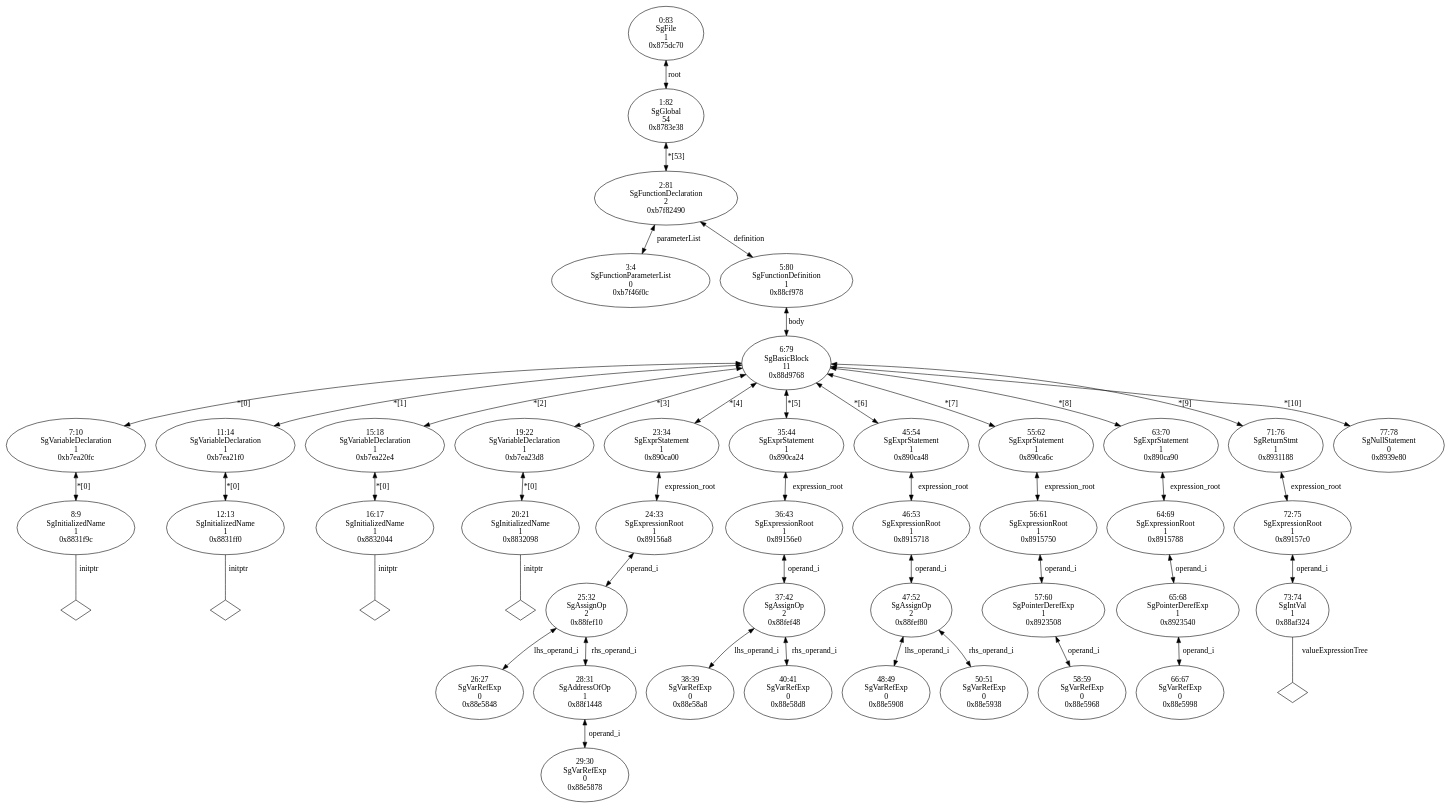
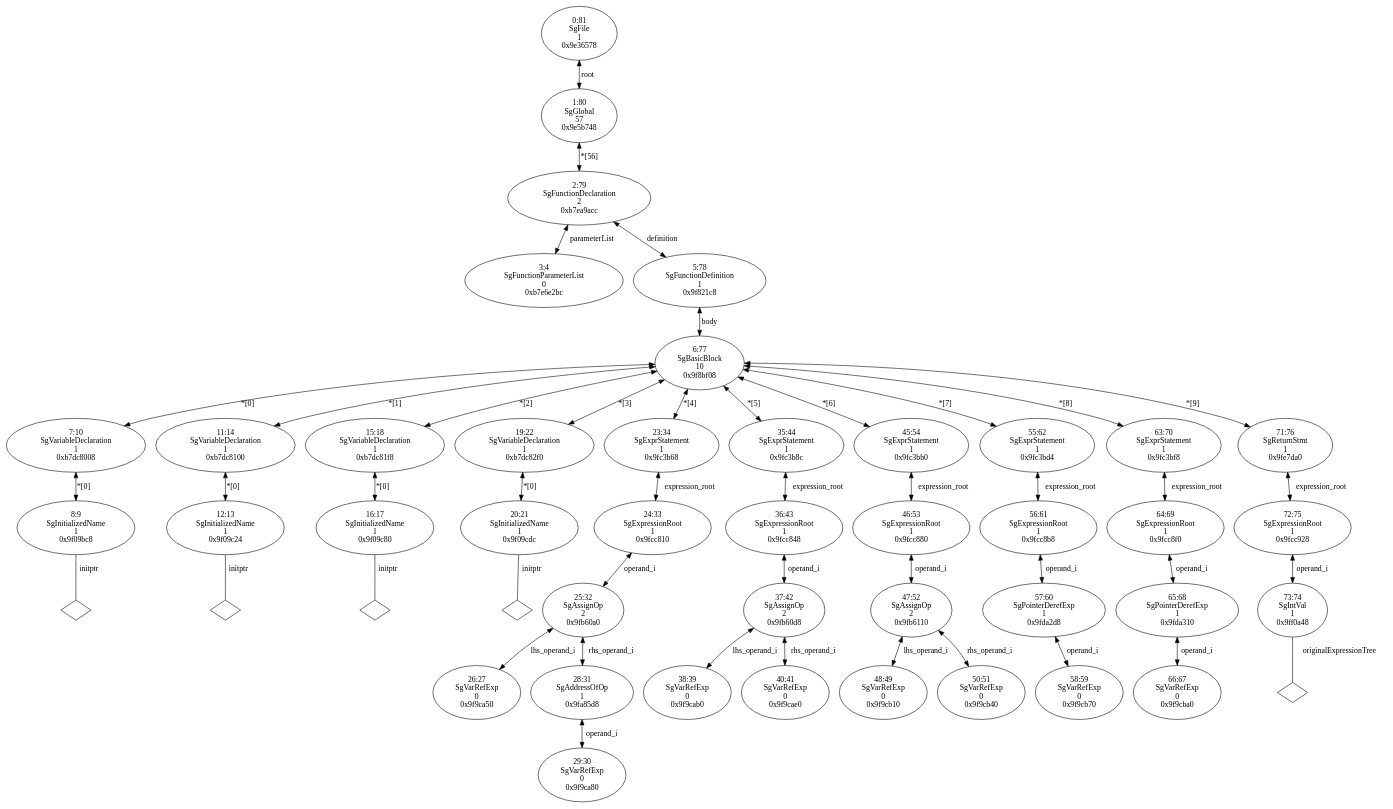
The diagram in branch/memRefExprRefactor/TestResults/AliasIRInterface/alias2.c.dot (BackupTheBerlios/useoa-rose-svn), drawn with Graphviz before and after one commit. The commit also changed 48 other files, not shown here.

Commit message:
memRefExprRefactor branch I am testing references.  I also updated some of the dot files, but NOT with the normalization stuff turned on.

```diff
--- a/branch/memRefExprRefactor/TestResults/AliasIRInterface/alias2.c.dot
+++ b/branch/memRefExprRefactor/TestResults/AliasIRInterface/alias2.c.dot
@@ -1,95 +1,93 @@
 digraph "G./alias2.c.dot" {
-"0xb7f46f0c"[label="3:4\nSgFunctionParameterList\n0\n0xb7f46f0c\n" ];
-"0x8831f9c"[label="8:9\nSgInitializedName\n1\n0x8831f9c\n" ];
-"0x8831f9c" -> "0x8831f9c__initptr__null"[label="initptr" dir=none ];
-"0x8831f9c__initptr__null"[label="" shape=diamond ];
-"0xb7ea20fc"[label="7:10\nSgVariableDeclaration\n1\n0xb7ea20fc\n" ];
-"0xb7ea20fc" -> "0x8831f9c"[label="*[0]" dir=both ];
-"0x8831ff0"[label="12:13\nSgInitializedName\n1\n0x8831ff0\n" ];
-"0x8831ff0" -> "0x8831ff0__initptr__null"[label="initptr" dir=none ];
-"0x8831ff0__initptr__null"[label="" shape=diamond ];
-"0xb7ea21f0"[label="11:14\nSgVariableDeclaration\n1\n0xb7ea21f0\n" ];
-"0xb7ea21f0" -> "0x8831ff0"[label="*[0]" dir=both ];
-"0x8832044"[label="16:17\nSgInitializedName\n1\n0x8832044\n" ];
-"0x8832044" -> "0x8832044__initptr__null"[label="initptr" dir=none ];
-"0x8832044__initptr__null"[label="" shape=diamond ];
-"0xb7ea22e4"[label="15:18\nSgVariableDeclaration\n1\n0xb7ea22e4\n" ];
-"0xb7ea22e4" -> "0x8832044"[label="*[0]" dir=both ];
-"0x8832098"[label="20:21\nSgInitializedName\n1\n0x8832098\n" ];
-"0x8832098" -> "0x8832098__initptr__null"[label="initptr" dir=none ];
-"0x8832098__initptr__null"[label="" shape=diamond ];
-"0xb7ea23d8"[label="19:22\nSgVariableDeclaration\n1\n0xb7ea23d8\n" ];
-"0xb7ea23d8" -> "0x8832098"[label="*[0]" dir=both ];
-"0x88e5848"[label="26:27\nSgVarRefExp\n0\n0x88e5848\n" ];
-"0x88e5878"[label="29:30\nSgVarRefExp\n0\n0x88e5878\n" ];
-"0x88f1448"[label="28:31\nSgAddressOfOp\n1\n0x88f1448\n" ];
-"0x88f1448" -> "0x88e5878"[label="operand_i" dir=both ];
-"0x88fef10"[label="25:32\nSgAssignOp\n2\n0x88fef10\n" ];
-"0x88fef10" -> "0x88e5848"[label="lhs_operand_i" dir=both ];
-"0x88fef10" -> "0x88f1448"[label="rhs_operand_i" dir=both ];
-"0x89156a8"[label="24:33\nSgExpressionRoot\n1\n0x89156a8\n" ];
-"0x89156a8" -> "0x88fef10"[label="operand_i" dir=both ];
-"0x890ca00"[label="23:34\nSgExprStatement\n1\n0x890ca00\n" ];
-"0x890ca00" -> "0x89156a8"[label="expression_root" dir=both ];
-"0x88e58a8"[label="38:39\nSgVarRefExp\n0\n0x88e58a8\n" ];
-"0x88e58d8"[label="40:41\nSgVarRefExp\n0\n0x88e58d8\n" ];
-"0x88fef48"[label="37:42\nSgAssignOp\n2\n0x88fef48\n" ];
-"0x88fef48" -> "0x88e58a8"[label="lhs_operand_i" dir=both ];
-"0x88fef48" -> "0x88e58d8"[label="rhs_operand_i" dir=both ];
-"0x89156e0"[label="36:43\nSgExpressionRoot\n1\n0x89156e0\n" ];
-"0x89156e0" -> "0x88fef48"[label="operand_i" dir=both ];
-"0x890ca24"[label="35:44\nSgExprStatement\n1\n0x890ca24\n" ];
-"0x890ca24" -> "0x89156e0"[label="expression_root" dir=both ];
-"0x88e5908"[label="48:49\nSgVarRefExp\n0\n0x88e5908\n" ];
-"0x88e5938"[label="50:51\nSgVarRefExp\n0\n0x88e5938\n" ];
-"0x88fef80"[label="47:52\nSgAssignOp\n2\n0x88fef80\n" ];
-"0x88fef80" -> "0x88e5908"[label="lhs_operand_i" dir=both ];
-"0x88fef80" -> "0x88e5938"[label="rhs_operand_i" dir=both ];
-"0x8915718"[label="46:53\nSgExpressionRoot\n1\n0x8915718\n" ];
-"0x8915718" -> "0x88fef80"[label="operand_i" dir=both ];
-"0x890ca48"[label="45:54\nSgExprStatement\n1\n0x890ca48\n" ];
-"0x890ca48" -> "0x8915718"[label="expression_root" dir=both ];
-"0x88e5968"[label="58:59\nSgVarRefExp\n0\n0x88e5968\n" ];
-"0x8923508"[label="57:60\nSgPointerDerefExp\n1\n0x8923508\n" ];
-"0x8923508" -> "0x88e5968"[label="operand_i" dir=both ];
-"0x8915750"[label="56:61\nSgExpressionRoot\n1\n0x8915750\n" ];
-"0x8915750" -> "0x8923508"[label="operand_i" dir=both ];
-"0x890ca6c"[label="55:62\nSgExprStatement\n1\n0x890ca6c\n" ];
-"0x890ca6c" -> "0x8915750"[label="expression_root" dir=both ];
-"0x88e5998"[label="66:67\nSgVarRefExp\n0\n0x88e5998\n" ];
-"0x8923540"[label="65:68\nSgPointerDerefExp\n1\n0x8923540\n" ];
-"0x8923540" -> "0x88e5998"[label="operand_i" dir=both ];
-"0x8915788"[label="64:69\nSgExpressionRoot\n1\n0x8915788\n" ];
-"0x8915788" -> "0x8923540"[label="operand_i" dir=both ];
-"0x890ca90"[label="63:70\nSgExprStatement\n1\n0x890ca90\n" ];
-"0x890ca90" -> "0x8915788"[label="expression_root" dir=both ];
-"0x88af324"[label="73:74\nSgIntVal\n1\n0x88af324\n" ];
-"0x88af324" -> "0x88af324__valueExpressionTree__null"[label="valueExpressionTree" dir=none ];
-"0x88af324__valueExpressionTree__null"[label="" shape=diamond ];
-"0x89157c0"[label="72:75\nSgExpressionRoot\n1\n0x89157c0\n" ];
-"0x89157c0" -> "0x88af324"[label="operand_i" dir=both ];
-"0x8931188"[label="71:76\nSgReturnStmt\n1\n0x8931188\n" ];
-"0x8931188" -> "0x89157c0"[label="expression_root" dir=both ];
-"0x8939e80"[label="77:78\nSgNullStatement\n0\n0x8939e80\n" ];
-"0x88d9768"[label="6:79\nSgBasicBlock\n11\n0x88d9768\n" ];
-"0x88d9768" -> "0xb7ea20fc"[label="*[0]" dir=both ];
-"0x88d9768" -> "0xb7ea21f0"[label="*[1]" dir=both ];
-"0x88d9768" -> "0xb7ea22e4"[label="*[2]" dir=both ];
-"0x88d9768" -> "0xb7ea23d8"[label="*[3]" dir=both ];
-"0x88d9768" -> "0x890ca00"[label="*[4]" dir=both ];
-"0x88d9768" -> "0x890ca24"[label="*[5]" dir=both ];
-"0x88d9768" -> "0x890ca48"[label="*[6]" dir=both ];
-"0x88d9768" -> "0x890ca6c"[label="*[7]" dir=both ];
-"0x88d9768" -> "0x890ca90"[label="*[8]" dir=both ];
-"0x88d9768" -> "0x8931188"[label="*[9]" dir=both ];
-"0x88d9768" -> "0x8939e80"[label="*[10]" dir=both ];
-"0x88cf978"[label="5:80\nSgFunctionDefinition\n1\n0x88cf978\n" ];
-"0x88cf978" -> "0x88d9768"[label="body" dir=both ];
-"0xb7f82490"[label="2:81\nSgFunctionDeclaration\n2\n0xb7f82490\n" ];
-"0xb7f82490" -> "0xb7f46f0c"[label="parameterList" dir=both ];
-"0xb7f82490" -> "0x88cf978"[label="definition" dir=both ];
-"0x8783e38"[label="1:82\nSgGlobal\n54\n0x8783e38\n" ];
-"0x8783e38" -> "0xb7f82490"[label="*[53]" dir=both ];
-"0x875dc70"[label="0:83\nSgFile\n1\n0x875dc70\n" ];
-"0x875dc70" -> "0x8783e38"[label="root" dir=both ];
+"0xb7e6e2bc"[label="3:4\nSgFunctionParameterList\n0\n0xb7e6e2bc\n" ];
+"0x9f09bc8"[label="8:9\nSgInitializedName\n1\n0x9f09bc8\n" ];
+"0x9f09bc8" -> "0x9f09bc8__initptr__null"[label="initptr" dir=none ];
+"0x9f09bc8__initptr__null"[label="" shape=diamond ];
+"0xb7dc8008"[label="7:10\nSgVariableDeclaration\n1\n0xb7dc8008\n" ];
+"0xb7dc8008" -> "0x9f09bc8"[label="*[0]" dir=both ];
+"0x9f09c24"[label="12:13\nSgInitializedName\n1\n0x9f09c24\n" ];
+"0x9f09c24" -> "0x9f09c24__initptr__null"[label="initptr" dir=none ];
+"0x9f09c24__initptr__null"[label="" shape=diamond ];
+"0xb7dc8100"[label="11:14\nSgVariableDeclaration\n1\n0xb7dc8100\n" ];
+"0xb7dc8100" -> "0x9f09c24"[label="*[0]" dir=both ];
+"0x9f09c80"[label="16:17\nSgInitializedName\n1\n0x9f09c80\n" ];
+"0x9f09c80" -> "0x9f09c80__initptr__null"[label="initptr" dir=none ];
+"0x9f09c80__initptr__null"[label="" shape=diamond ];
+"0xb7dc81f8"[label="15:18\nSgVariableDeclaration\n1\n0xb7dc81f8\n" ];
+"0xb7dc81f8" -> "0x9f09c80"[label="*[0]" dir=both ];
+"0x9f09cdc"[label="20:21\nSgInitializedName\n1\n0x9f09cdc\n" ];
+"0x9f09cdc" -> "0x9f09cdc__initptr__null"[label="initptr" dir=none ];
+"0x9f09cdc__initptr__null"[label="" shape=diamond ];
+"0xb7dc82f0"[label="19:22\nSgVariableDeclaration\n1\n0xb7dc82f0\n" ];
+"0xb7dc82f0" -> "0x9f09cdc"[label="*[0]" dir=both ];
+"0x9f9ca50"[label="26:27\nSgVarRefExp\n0\n0x9f9ca50\n" ];
+"0x9f9ca80"[label="29:30\nSgVarRefExp\n0\n0x9f9ca80\n" ];
+"0x9fa85d8"[label="28:31\nSgAddressOfOp\n1\n0x9fa85d8\n" ];
+"0x9fa85d8" -> "0x9f9ca80"[label="operand_i" dir=both ];
+"0x9fb60a0"[label="25:32\nSgAssignOp\n2\n0x9fb60a0\n" ];
+"0x9fb60a0" -> "0x9f9ca50"[label="lhs_operand_i" dir=both ];
+"0x9fb60a0" -> "0x9fa85d8"[label="rhs_operand_i" dir=both ];
+"0x9fcc810"[label="24:33\nSgExpressionRoot\n1\n0x9fcc810\n" ];
+"0x9fcc810" -> "0x9fb60a0"[label="operand_i" dir=both ];
+"0x9fc3b68"[label="23:34\nSgExprStatement\n1\n0x9fc3b68\n" ];
+"0x9fc3b68" -> "0x9fcc810"[label="expression_root" dir=both ];
+"0x9f9cab0"[label="38:39\nSgVarRefExp\n0\n0x9f9cab0\n" ];
+"0x9f9cae0"[label="40:41\nSgVarRefExp\n0\n0x9f9cae0\n" ];
+"0x9fb60d8"[label="37:42\nSgAssignOp\n2\n0x9fb60d8\n" ];
+"0x9fb60d8" -> "0x9f9cab0"[label="lhs_operand_i" dir=both ];
+"0x9fb60d8" -> "0x9f9cae0"[label="rhs_operand_i" dir=both ];
+"0x9fcc848"[label="36:43\nSgExpressionRoot\n1\n0x9fcc848\n" ];
+"0x9fcc848" -> "0x9fb60d8"[label="operand_i" dir=both ];
+"0x9fc3b8c"[label="35:44\nSgExprStatement\n1\n0x9fc3b8c\n" ];
+"0x9fc3b8c" -> "0x9fcc848"[label="expression_root" dir=both ];
+"0x9f9cb10"[label="48:49\nSgVarRefExp\n0\n0x9f9cb10\n" ];
+"0x9f9cb40"[label="50:51\nSgVarRefExp\n0\n0x9f9cb40\n" ];
+"0x9fb6110"[label="47:52\nSgAssignOp\n2\n0x9fb6110\n" ];
+"0x9fb6110" -> "0x9f9cb10"[label="lhs_operand_i" dir=both ];
+"0x9fb6110" -> "0x9f9cb40"[label="rhs_operand_i" dir=both ];
+"0x9fcc880"[label="46:53\nSgExpressionRoot\n1\n0x9fcc880\n" ];
+"0x9fcc880" -> "0x9fb6110"[label="operand_i" dir=both ];
+"0x9fc3bb0"[label="45:54\nSgExprStatement\n1\n0x9fc3bb0\n" ];
+"0x9fc3bb0" -> "0x9fcc880"[label="expression_root" dir=both ];
+"0x9f9cb70"[label="58:59\nSgVarRefExp\n0\n0x9f9cb70\n" ];
+"0x9fda2d8"[label="57:60\nSgPointerDerefExp\n1\n0x9fda2d8\n" ];
+"0x9fda2d8" -> "0x9f9cb70"[label="operand_i" dir=both ];
+"0x9fcc8b8"[label="56:61\nSgExpressionRoot\n1\n0x9fcc8b8\n" ];
+"0x9fcc8b8" -> "0x9fda2d8"[label="operand_i" dir=both ];
+"0x9fc3bd4"[label="55:62\nSgExprStatement\n1\n0x9fc3bd4\n" ];
+"0x9fc3bd4" -> "0x9fcc8b8"[label="expression_root" dir=both ];
+"0x9f9cba0"[label="66:67\nSgVarRefExp\n0\n0x9f9cba0\n" ];
+"0x9fda310"[label="65:68\nSgPointerDerefExp\n1\n0x9fda310\n" ];
+"0x9fda310" -> "0x9f9cba0"[label="operand_i" dir=both ];
+"0x9fcc8f0"[label="64:69\nSgExpressionRoot\n1\n0x9fcc8f0\n" ];
+"0x9fcc8f0" -> "0x9fda310"[label="operand_i" dir=both ];
+"0x9fc3bf8"[label="63:70\nSgExprStatement\n1\n0x9fc3bf8\n" ];
+"0x9fc3bf8" -> "0x9fcc8f0"[label="expression_root" dir=both ];
+"0x9ff0a48"[label="73:74\nSgIntVal\n1\n0x9ff0a48\n" ];
+"0x9ff0a48" -> "0x9ff0a48__originalExpressionTree__null"[label="originalExpressionTree" dir=none ];
+"0x9ff0a48__originalExpressionTree__null"[label="" shape=diamond ];
+"0x9fcc928"[label="72:75\nSgExpressionRoot\n1\n0x9fcc928\n" ];
+"0x9fcc928" -> "0x9ff0a48"[label="operand_i" dir=both ];
+"0x9fe7da0"[label="71:76\nSgReturnStmt\n1\n0x9fe7da0\n" ];
+"0x9fe7da0" -> "0x9fcc928"[label="expression_root" dir=both ];
+"0x9f8bf08"[label="6:77\nSgBasicBlock\n10\n0x9f8bf08\n" ];
+"0x9f8bf08" -> "0xb7dc8008"[label="*[0]" dir=both ];
+"0x9f8bf08" -> "0xb7dc8100"[label="*[1]" dir=both ];
+"0x9f8bf08" -> "0xb7dc81f8"[label="*[2]" dir=both ];
+"0x9f8bf08" -> "0xb7dc82f0"[label="*[3]" dir=both ];
+"0x9f8bf08" -> "0x9fc3b68"[label="*[4]" dir=both ];
+"0x9f8bf08" -> "0x9fc3b8c"[label="*[5]" dir=both ];
+"0x9f8bf08" -> "0x9fc3bb0"[label="*[6]" dir=both ];
+"0x9f8bf08" -> "0x9fc3bd4"[label="*[7]" dir=both ];
+"0x9f8bf08" -> "0x9fc3bf8"[label="*[8]" dir=both ];
+"0x9f8bf08" -> "0x9fe7da0"[label="*[9]" dir=both ];
+"0x9f821c8"[label="5:78\nSgFunctionDefinition\n1\n0x9f821c8\n" ];
+"0x9f821c8" -> "0x9f8bf08"[label="body" dir=both ];
+"0xb7ea9acc"[label="2:79\nSgFunctionDeclaration\n2\n0xb7ea9acc\n" ];
+"0xb7ea9acc" -> "0xb7e6e2bc"[label="parameterList" dir=both ];
+"0xb7ea9acc" -> "0x9f821c8"[label="definition" dir=both ];
+"0x9e5b748"[label="1:80\nSgGlobal\n57\n0x9e5b748\n" ];
+"0x9e5b748" -> "0xb7ea9acc"[label="*[56]" dir=both ];
+"0x9e36578"[label="0:81\nSgFile\n1\n0x9e36578\n" ];
+"0x9e36578" -> "0x9e5b748"[label="root" dir=both ];
 }
```
